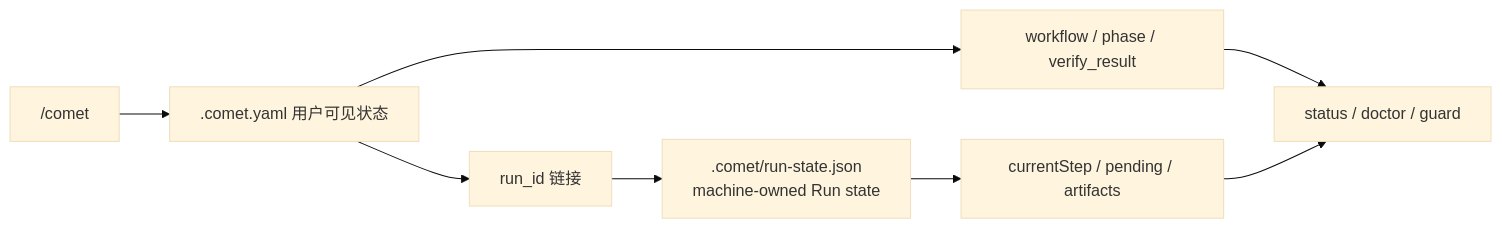
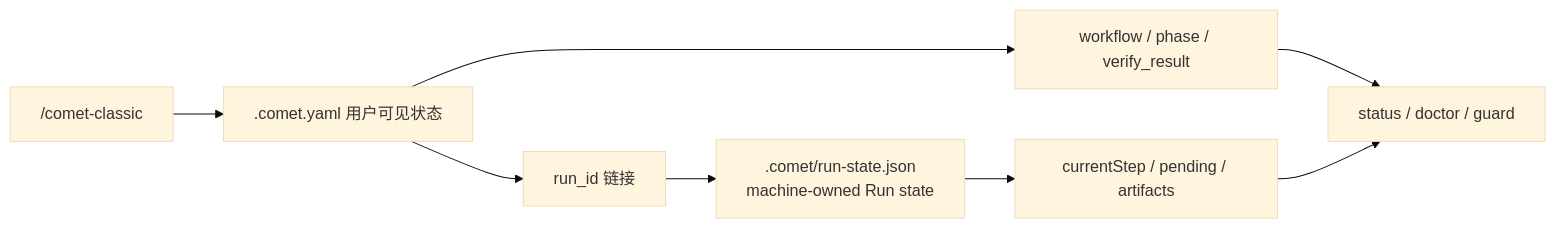
Before and after one commit to rpamis/comet-website-docs: the third of 3 diagrams in zh/skill-creator/engine.mdx, drawn with Mermaid (base theme). The commit also changed other lines of this file and 65 other files, not shown here.

````diff
--- a/zh/skill-creator/engine.mdx
+++ b/zh/skill-creator/engine.mdx
@@ -415,10 +415,10 @@
 ```mermaid
 flowchart LR
-  A["/comet"] --> B[".comet.yaml 用户可见状态"]
+  A["/comet-classic"] --> B[".comet.yaml 用户可见状态"]
   B --> C["run_id 链接"]
   C --> D[".comet/run-state.json<br/>machine-owned Run state"]
   B --> E["workflow / phase / verify_result"]
   D --> F["currentStep / pending / artifacts"]
   E --> G["status / doctor / guard"]
   F --> G
 ```
````
